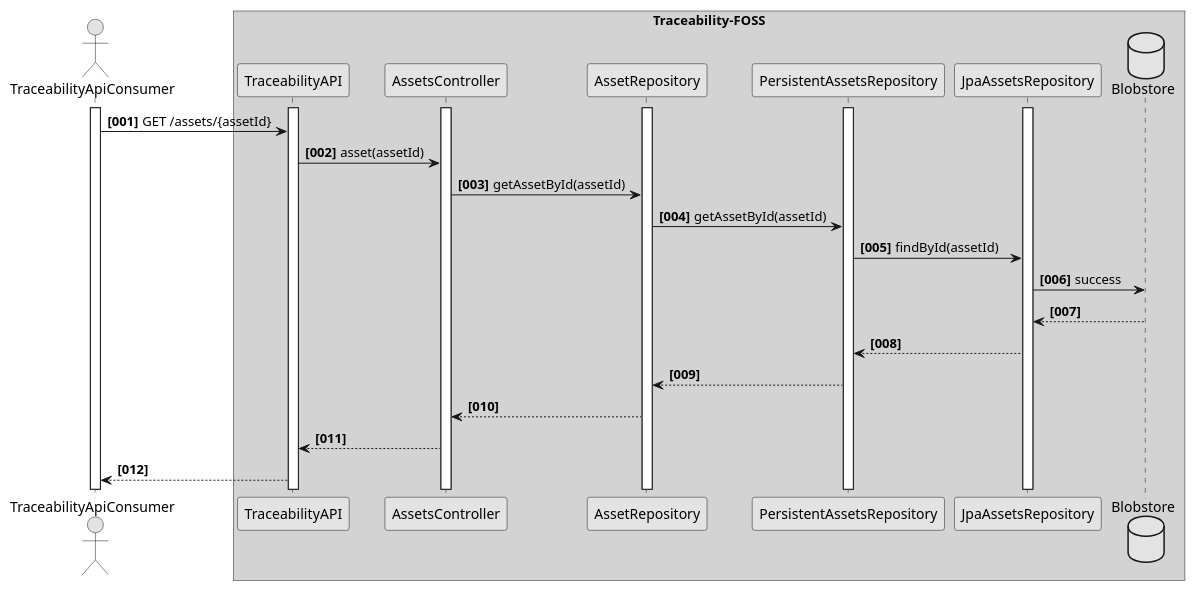
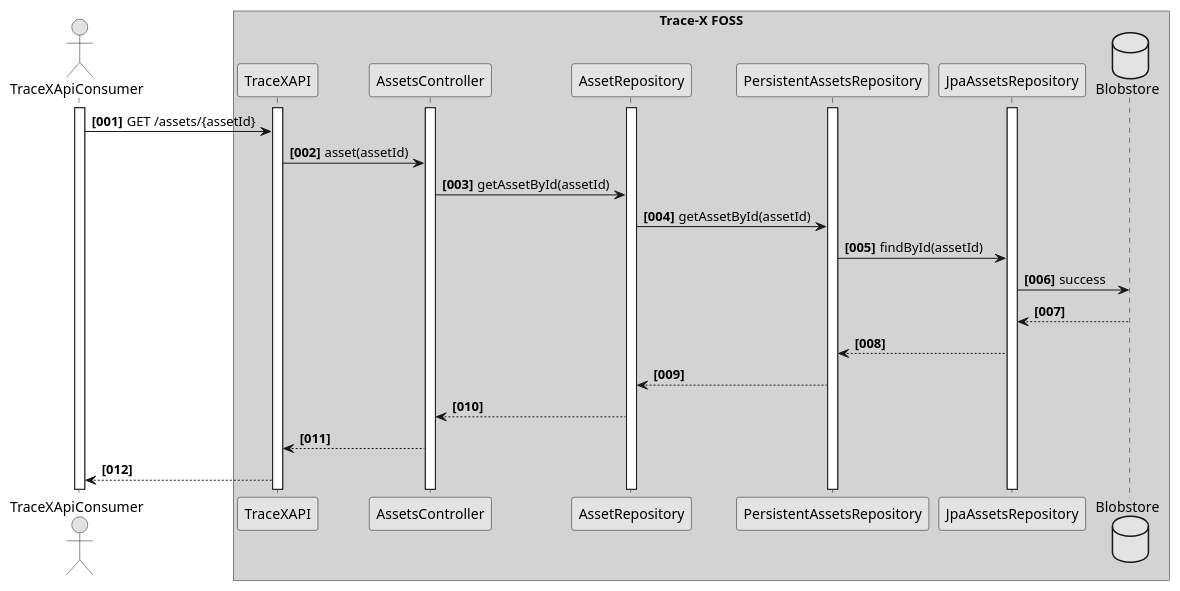
One commit to catenax-ng/tx-traceability-foss changed the diagram in docs/src/uml-diagrams/runtime-view/return-specific-assets.puml. Above: the diagram before and after it, drawn with PlantUML. The commit also changed 8 other files, not shown here.

```diff
--- a/docs/src/uml-diagrams/runtime-view/return-specific-assets.puml
+++ b/docs/src/uml-diagrams/runtime-view/return-specific-assets.puml
@@ -1,37 +1,37 @@
 @startuml
 skinparam monochrome true
 skinparam shadowing false
 autonumber "<b>[000]"
 
-actor TraceabilityApiConsumer
-activate TraceabilityApiConsumer
+actor TraceXApiConsumer
+activate TraceXApiConsumer
 
 
-box "Traceability-FOSS" #LightGrey
-participant TraceabilityAPI
-activate TraceabilityAPI
+box "Trace-X FOSS" #LightGrey
+participant TraceXAPI
+activate TraceXAPI
 participant AssetsController
 activate AssetsController
 participant AssetRepository
 activate AssetRepository
 participant PersistentAssetsRepository
 activate PersistentAssetsRepository
 participant JpaAssetsRepository
 activate JpaAssetsRepository
 database Blobstore
 
-TraceabilityApiConsumer -> TraceabilityAPI : GET /assets/{assetId}
-TraceabilityAPI -> AssetsController :  asset(assetId)
+TraceXApiConsumer -> TraceXAPI : GET /assets/{assetId}
+TraceXAPI -> AssetsController :  asset(assetId)
 AssetsController -> AssetRepository :  getAssetById(assetId)
 AssetRepository -> PersistentAssetsRepository: getAssetById(assetId)
 PersistentAssetsRepository -> JpaAssetsRepository: findById(assetId)
 JpaAssetsRepository -> Blobstore : success
 
 JpaAssetsRepository <-- Blobstore
 PersistentAssetsRepository <-- JpaAssetsRepository
 AssetRepository <-- PersistentAssetsRepository
 AssetsController <-- AssetRepository
-TraceabilityAPI <-- AssetsController
-TraceabilityApiConsumer <-- TraceabilityAPI
+TraceXAPI <-- AssetsController
+TraceXApiConsumer <-- TraceXAPI
 
 @enduml
```
